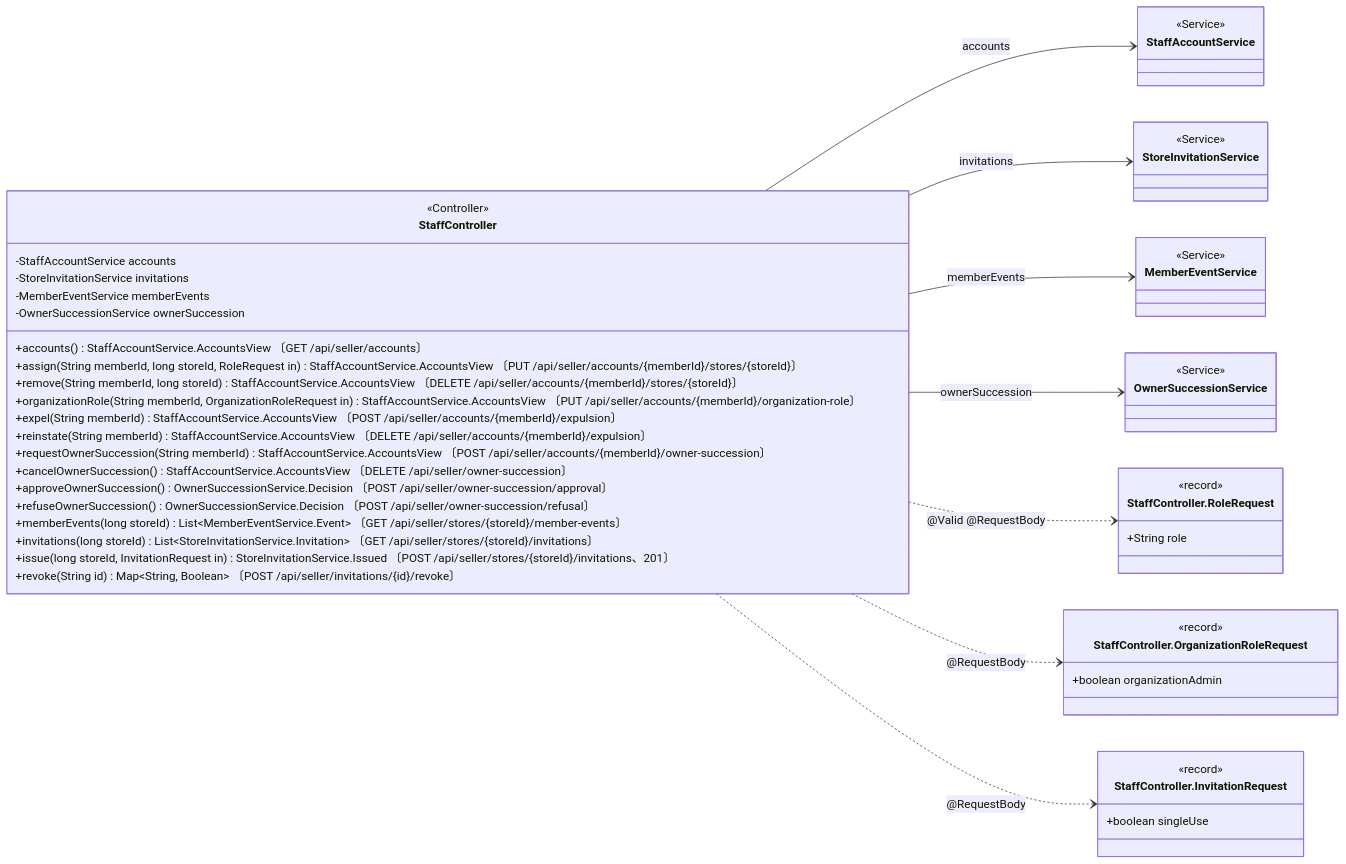
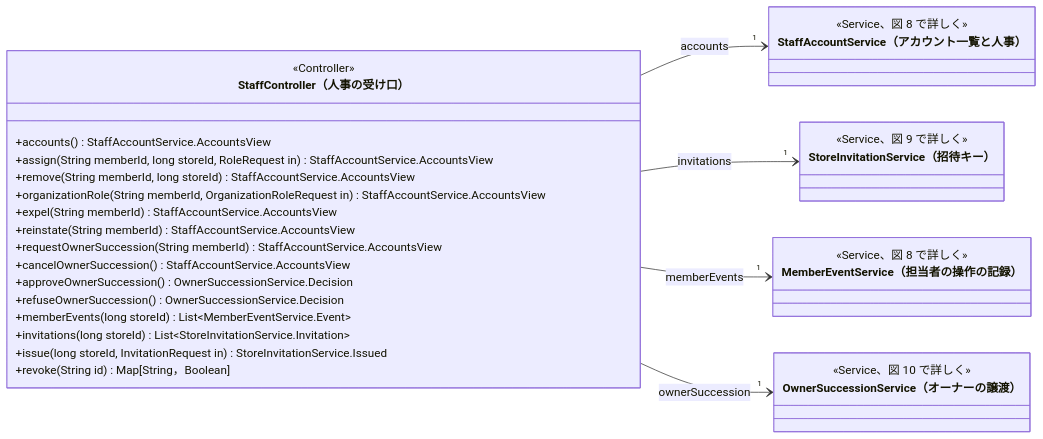
Before and after one commit to abeouga/kusakari-document: diagram 15 of 20 in クラス図/kusakari-ec/02_店舗と組織.md, drawn with Mermaid. The commit also changed other lines of this file and 87 other files, not shown here.

Commit message:
EC のクラス図に全体図を足し、詳細図をデータとモジュールの図に分けて書き直す

````diff
--- a/クラス図/kusakari-ec/02_店舗と組織.md
+++ b/クラス図/kusakari-ec/02_店舗と組織.md
@@ -1164,56 +1259,38 @@
 ```mermaid
 classDiagram
-  direction LR
-  class StaffController
-  <<Controller>> StaffController
-  StaffController : -StaffAccountService accounts
-  StaffController : -StoreInvitationService invitations
-  StaffController : -MemberEventService memberEvents
-  StaffController : -OwnerSuccessionService ownerSuccession
-  StaffController : +accounts() StaffAccountService.AccountsView 〔GET /api/seller/accounts〕
-  StaffController : +assign(String memberId, long storeId, RoleRequest in) StaffAccountService.AccountsView 〔PUT /api/seller/accounts/{memberId}/stores/{storeId}〕
-  StaffController : +remove(String memberId, long storeId) StaffAccountService.AccountsView 〔DELETE /api/seller/accounts/{memberId}/stores/{storeId}〕
-  StaffController : +organizationRole(String memberId, OrganizationRoleRequest in) StaffAccountService.AccountsView 〔PUT /api/seller/accounts/{memberId}/organization-role〕
-  StaffController : +expel(String memberId) StaffAccountService.AccountsView 〔POST /api/seller/accounts/{memberId}/expulsion〕
-  StaffController : +reinstate(String memberId) StaffAccountService.AccountsView 〔DELETE /api/seller/accounts/{memberId}/expulsion〕
-  StaffController : +requestOwnerSuccession(String memberId) StaffAccountService.AccountsView 〔POST /api/seller/accounts/{memberId}/owner-succession〕
-  StaffController : +cancelOwnerSuccession() StaffAccountService.AccountsView 〔DELETE /api/seller/owner-succession〕
-  StaffController : +approveOwnerSuccession() OwnerSuccessionService.Decision 〔POST /api/seller/owner-succession/approval〕
-  StaffController : +refuseOwnerSuccession() OwnerSuccessionService.Decision 〔POST /api/seller/owner-succession/refusal〕
-  StaffController : +memberEvents(long storeId) List~MemberEventService.Event~ 〔GET /api/seller/stores/{storeId}/member-events〕
-  StaffController : +invitations(long storeId) List~StoreInvitationService.Invitation~ 〔GET /api/seller/stores/{storeId}/invitations〕
-  StaffController : +issue(long storeId, InvitationRequest in) StoreInvitationService.Issued 〔POST /api/seller/stores/{storeId}/invitations、201〕
-  StaffController : +revoke(String id) Map~String, Boolean~ 〔POST /api/seller/invitations/{id}/revoke〕
-  class StaffController_RoleRequest["StaffController.RoleRequest"] {
-    <<record>>
-    +String role
-  }
-  class StaffController_OrganizationRoleRequest["StaffController.OrganizationRoleRequest"] {
-    <<record>>
-    +boolean organizationAdmin
-  }
-  class StaffController_InvitationRequest["StaffController.InvitationRequest"] {
-    <<record>>
-    +boolean singleUse
-  }
-  class StaffAccountService {
-    <<Service>>
-  }
-  class StoreInvitationService {
-    <<Service>>
-  }
-  class MemberEventService {
-    <<Service>>
-  }
-  class OwnerSuccessionService {
-    <<Service>>
-  }
+    direction LR
+    class StaffController["StaffController（人事の受け口）"] {
+        <<Controller>>
+        +accounts() StaffAccountService.AccountsView
+        +assign(String memberId, long storeId, RoleRequest in) StaffAccountService.AccountsView
+        +remove(String memberId, long storeId) StaffAccountService.AccountsView
+        +organizationRole(String memberId, OrganizationRoleRequest in) StaffAccountService.AccountsView
+        +expel(String memberId) StaffAccountService.AccountsView
+        +reinstate(String memberId) StaffAccountService.AccountsView
+        +requestOwnerSuccession(String memberId) StaffAccountService.AccountsView
+        +cancelOwnerSuccession() StaffAccountService.AccountsView
+        +approveOwnerSuccession() OwnerSuccessionService.Decision
+        +refuseOwnerSuccession() OwnerSuccessionService.Decision
+        +memberEvents(long storeId) List~MemberEventService.Event~
+        +invitations(long storeId) List~StoreInvitationService.Invitation~
+        +issue(long storeId, InvitationRequest in) StoreInvitationService.Issued
+        +revoke(String id) Map[String，Boolean]
+    }
+    class StaffAccountService["StaffAccountService（アカウント一覧と人事）"] {
+        <<Service、図 8 で詳しく>>
+    }
+    class StoreInvitationService["StoreInvitationService（招待キー）"] {
+        <<Service、図 9 で詳しく>>
+    }
+    class MemberEventService["MemberEventService（担当者の操作の記録）"] {
+        <<Service、図 8 で詳しく>>
+    }
+    class OwnerSuccessionService["OwnerSuccessionService（オーナーの譲渡）"] {
+        <<Service、図 10 で詳しく>>
+    }
 
-  StaffController --> StaffAccountService : accounts
-  StaffController --> StoreInvitationService : invitations
-  StaffController --> MemberEventService : memberEvents
-  StaffController --> OwnerSuccessionService : ownerSuccession
-  StaffController ..> StaffController_RoleRequest : @Valid @RequestBody
-  StaffController ..> StaffController_OrganizationRoleRequest : @RequestBody
-  StaffController ..> StaffController_InvitationRequest : @RequestBody
+    StaffController --> "1" StaffAccountService : accounts
+    StaffController --> "1" StoreInvitationService : invitations
+    StaffController --> "1" MemberEventService : memberEvents
+    StaffController --> "1" OwnerSuccessionService : ownerSuccession
 ```
````
